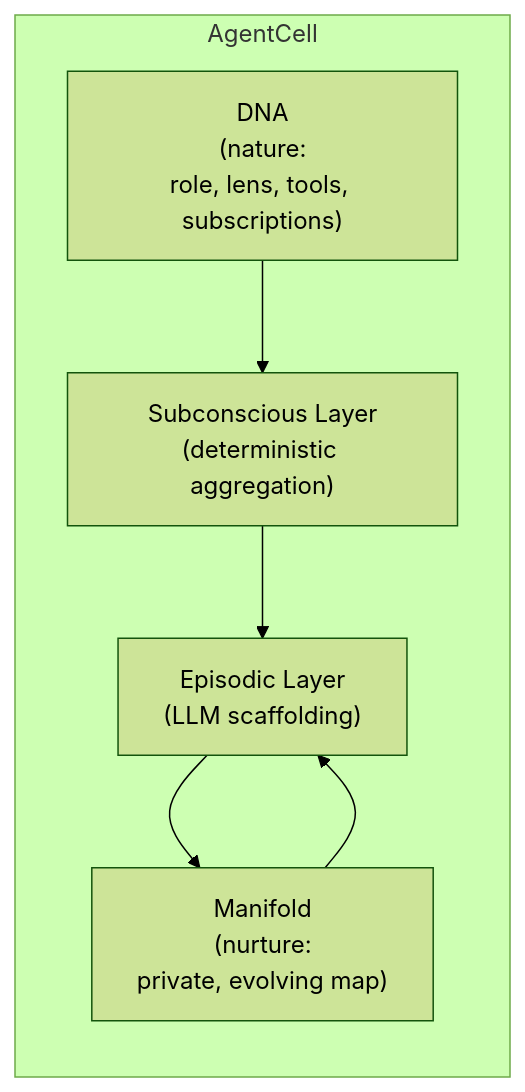
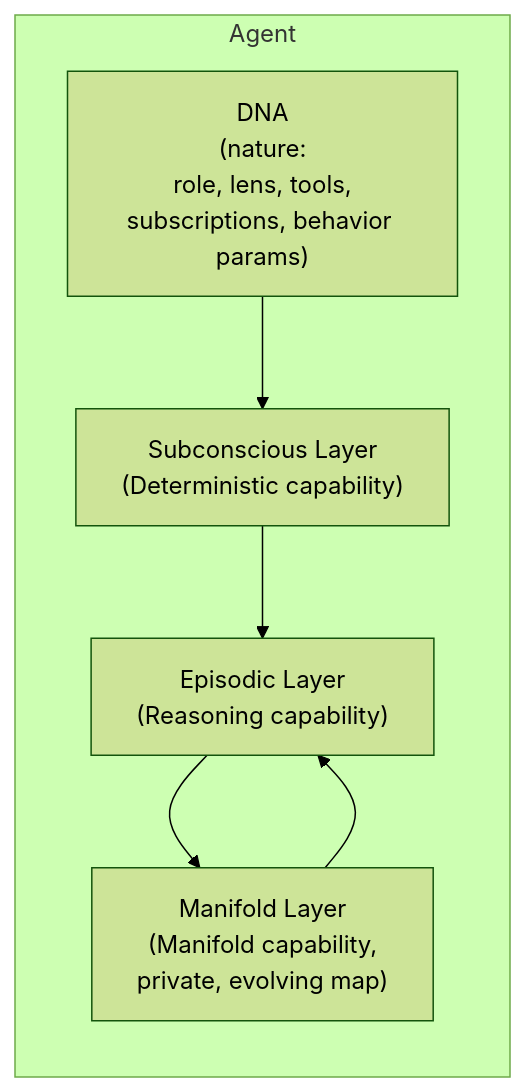
Before and after one commit to evanfollis/synaplex: the fourth of 4 diagrams in README.md, drawn with Mermaid (forest theme). The commit also changed other lines of this file, not shown here.

````diff
--- a/README.md
+++ b/README.md
@@ -263,15 +306,15 @@
 ```mermaid
 flowchart TB
-    subgraph Agent["AgentCell"]
+    subgraph Agent["Agent"]
         direction TB
-        DNA["DNA\n(nature:\nrole, lens, tools, subscriptions)"]
-        DETL["Subconscious Layer\n(deterministic aggregation)"]
-        EP["Episodic Layer\n(LLM scaffolding)"]
-        MF["Manifold\n(nurture:\nprivate, evolving map)"]
+        DNA["DNA\n(nature:\nrole, lens, tools,\nsubscriptions, behavior params)"]
+        DETL["Subconscious Layer\n(Deterministic capability)"]
+        EP["Episodic Layer\n(Reasoning capability)"]
+        MF["Manifold Layer\n(Manifold capability,\nprivate, evolving map)"]
     end
 
     DNA --> DETL
     DETL --> EP
     MF --> EP
     EP --> MF
 ```
````
